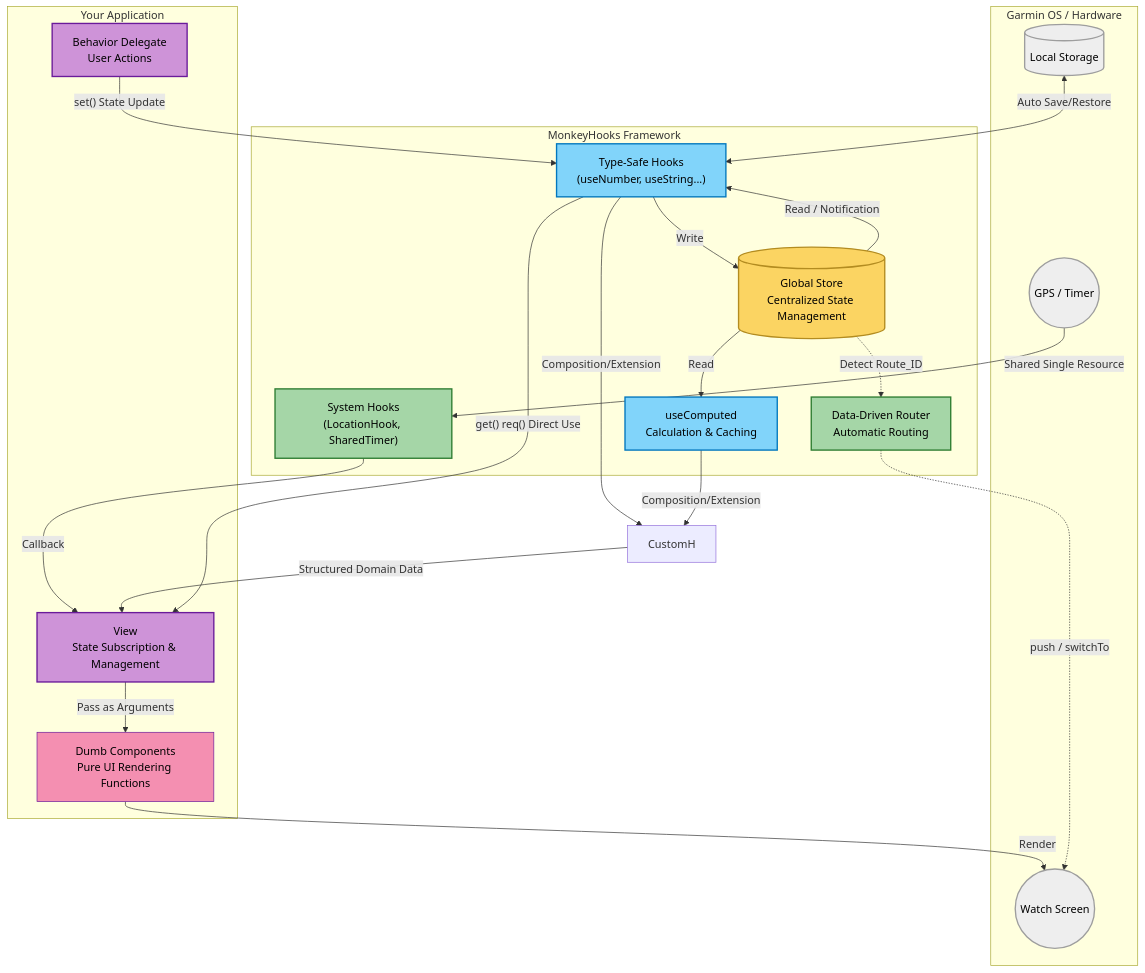
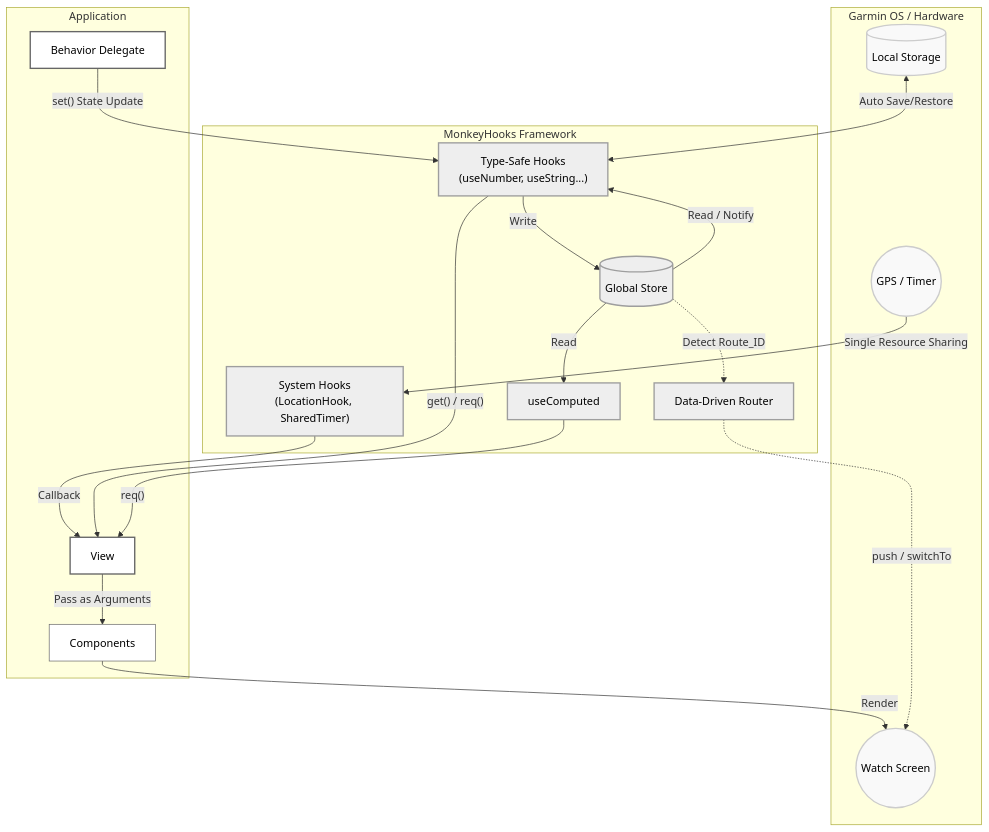
One commit to tomopumipumi/yamakage changed the diagram in yamakage-watch-app/source/lib/monkey-hooks/README.md. Above: the diagram before and after it, drawn with Mermaid. The commit also changed other lines of this file and 20 other files, not shown here.

````diff
--- a/yamakage-watch-app/source/lib/monkey-hooks/README.md
+++ b/yamakage-watch-app/source/lib/monkey-hooks/README.md
@@ -26,54 +26,51 @@
 ```mermaid
 graph TD
-    classDef store fill:#fbd462,stroke:#b38c20,stroke-width:2px,color:#000
-    classDef hooks fill:#81d4fa,stroke:#0277bd,stroke-width:2px,color:#000
-    classDef sys fill:#a5d6a7,stroke:#2e7d32,stroke-width:2px,color:#000
-    classDef view fill:#ce93d8,stroke:#6a1b9a,stroke-width:2px,color:#000
-    classDef comp fill:#f48fb1,stroke:#6a1b9a,stroke-width:1px,color:#000
-    classDef os fill:#eeeeee,stroke:#9e9e9e,stroke-width:2px,color:#000
-    classDef custom fill:#e1bee7,stroke:#6a1b9a,stroke-width:2px,stroke-dasharray: 4 4,color:#000
+    classDef store fill:#eeeeee,stroke:#9e9e9e,stroke-width:2px,color:#000
+    classDef hooks fill:#eeeeee,stroke:#9e9e9e,stroke-width:2px,color:#000
+    classDef sys fill:#eeeeee,stroke:#9e9e9e,stroke-width:2px,color:#000
+    classDef view fill:#ffffff,stroke:#666666,stroke-width:2px,color:#000
+    classDef comp fill:#ffffff,stroke:#666666,stroke-width:1px,color:#000
+    classDef os fill:#f9f9f9,stroke:#cccccc,stroke-width:2px,color:#000
 
     subgraph "Garmin OS / Hardware"
         Sensors((GPS / Timer)):::os
         Storage[(Local Storage)]:::os
         Screen((Watch Screen)):::os
     end
 
     subgraph "MonkeyHooks Framework"
         SystemH["System Hooks<br/>(LocationHook, SharedTimer)"]:::sys
-        Router[Data-Driven Router<br/>Automatic Routing]:::sys
-        Store[(Global Store<br/>Centralized State Management)]:::store
+        Router[Data-Driven Router]:::sys
+        Store[(Global Store)]:::store
         
         Hooks["Type-Safe Hooks<br/>(useNumber, useString...)"]:::hooks
-        Computed[useComputed<br/>Calculation & Caching]:::hooks
+        Computed[useComputed]:::hooks
     end
 
-    subgraph "Your Application"
-        Delegate[Behavior Delegate<br/>User Actions]:::view
-        View[View<br/>State Subscription & Management]:::view
-        Dumb[Components<br/>Pure UI Rendering Functions]:::comp
-        Dumb[Dumb Components<br/>Pure UI Rendering Functions]:::comp
+    subgraph "Application"
+        Delegate[Behavior Delegate]:::view
+        View[View]:::view
+        Dumb[Components]:::comp
     end
 
-    Sensors -->|Shared Single Resource| SystemH
+    Sensors -->|Single Resource Sharing| SystemH
     Storage <-->|Auto Save/Restore| Hooks
     
     SystemH -->|Callback| View
     Delegate -->|"set() State Update"| Hooks
     Hooks -->|Write| Store
     
-    Store -->|Read / Notification| Hooks
+    Store -->|Read / Notify| Hooks
     Store -->|Read| Computed
 
-    Hooks -->|Composition/Extension| CustomH
-    Computed -->|Composition/Extension| CustomH
-    CustomH -->|Structured Domain Data| View
-    Hooks --->|"get() req() Direct Use"| View
+    Hooks --->|"get() / req()"| View
+    Computed --->|"req()"| View
     
     View -->|Pass as Arguments| Dumb
     Dumb -->|Render| Screen
     
     Store -.->|Detect Route_ID| Router
     Router -.->|push / switchTo| Screen
 
+
 ```
````
